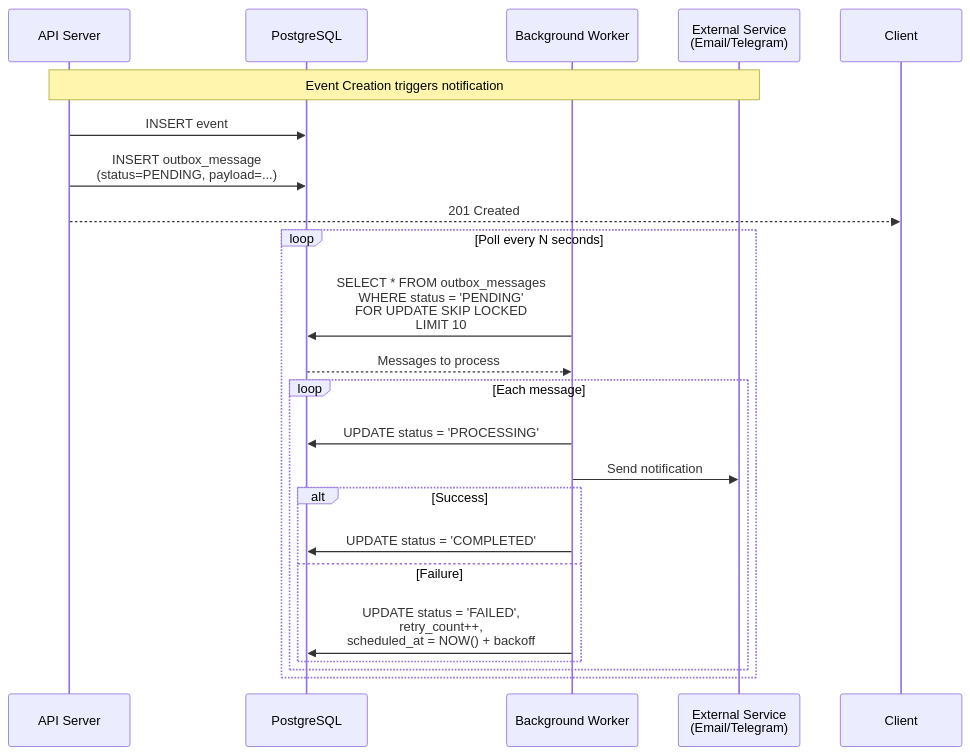
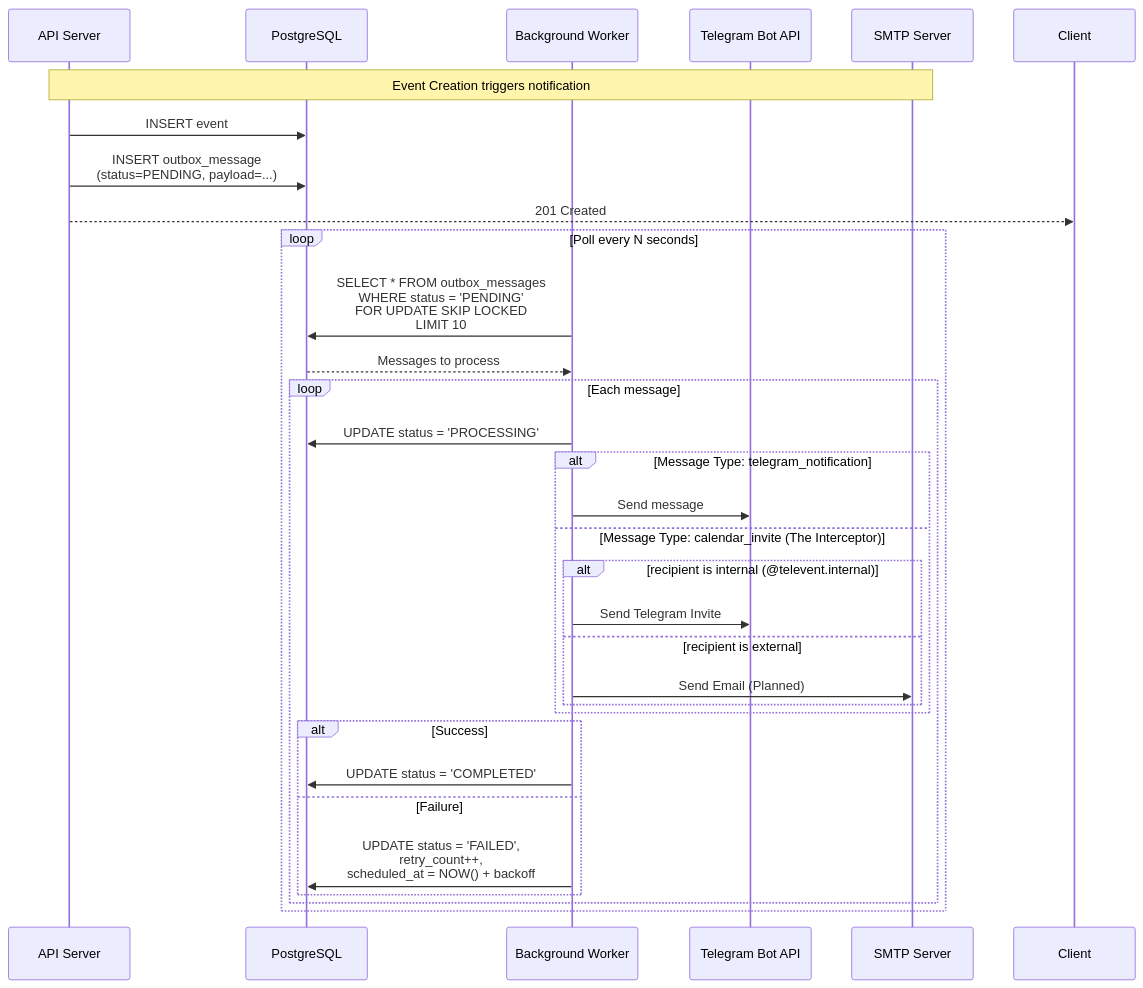
Before and after one commit to kirilledition/televent: the seventh of 7 diagrams in docs/ARCHITECTURE.md, drawn with Mermaid. The commit also changed other lines of this file and 20 other files, not shown here.

````diff
--- a/docs/ARCHITECTURE.md
+++ b/docs/ARCHITECTURE.md
@@ -416,30 +300,40 @@
 ```mermaid
 sequenceDiagram
     participant API as API Server
     participant DB as PostgreSQL
     participant Worker as Background Worker
-    participant External as External Service<br/>(Email/Telegram)
+    participant TG as Telegram Bot API
+    participant SMTP as SMTP Server
 
-    Note over API,External: Event Creation triggers notification
+    Note over API,SMTP: Event Creation triggers notification
 
     API->>DB: INSERT event
     API->>DB: INSERT outbox_message<br/>(status=PENDING, payload=...)
     API-->>Client: 201 Created
 
     loop Poll every N seconds
         Worker->>DB: SELECT * FROM outbox_messages<br/>WHERE status = 'PENDING'<br/>FOR UPDATE SKIP LOCKED<br/>LIMIT 10
 
         DB-->>Worker: Messages to process
 
         loop Each message
             Worker->>DB: UPDATE status = 'PROCESSING'
-            Worker->>External: Send notification
+            
+            alt Message Type: telegram_notification
+                Worker->>TG: Send message
+            else Message Type: calendar_invite (The Interceptor)
+                alt recipient is internal (@televent.internal)
+                    Worker->>TG: Send Telegram Invite
+                else recipient is external
+                    Worker->>SMTP: Send Email (Planned)
+                end
+            end
 
             alt Success
                 Worker->>DB: UPDATE status = 'COMPLETED'
             else Failure
                 Worker->>DB: UPDATE status = 'FAILED',<br/>retry_count++,<br/>scheduled_at = NOW() + backoff
             end
         end
     end
 ```
````
